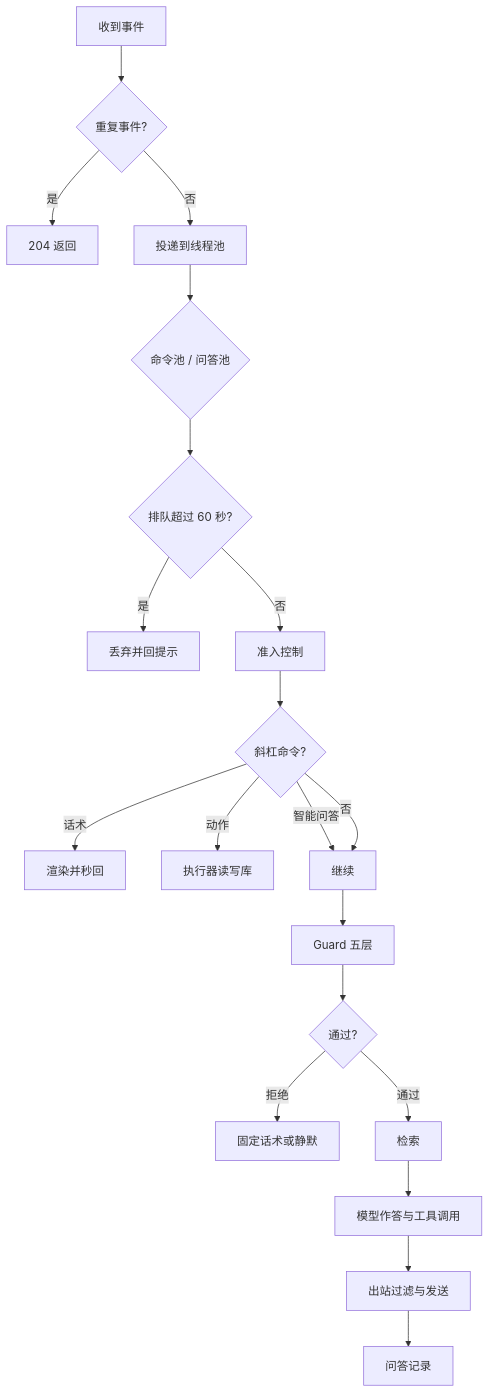
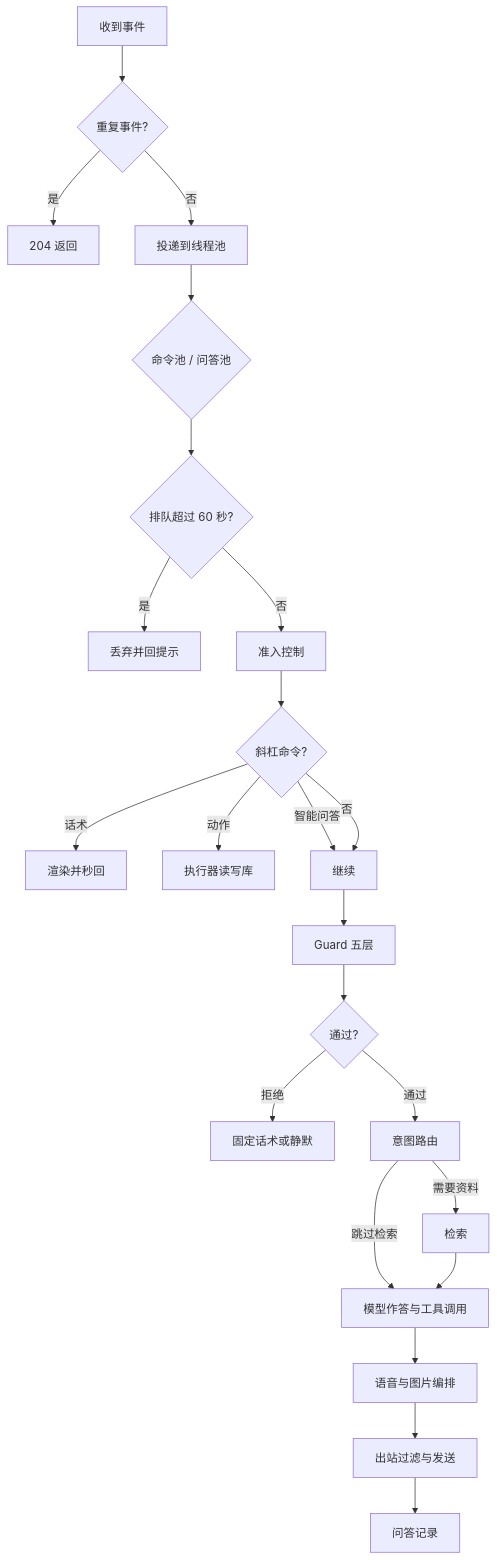
One commit to HuoGu-Hub/Q-A-bot changed the second of 2 diagrams in docs/architecture.md. Above: the diagram before and after it, drawn with Mermaid. The commit also changed other lines of this file and 22 other files, not shown here.

````diff
--- a/docs/architecture.md
+++ b/docs/architecture.md
@@ -52,22 +52,25 @@
 ```mermaid
 flowchart TD
     A[收到事件] --> B{重复事件?}
     B -->|是| Z[204 返回]
     B -->|否| C[投递到线程池]
     C --> D{命令池 / 问答池}
     D --> E{排队超过 60 秒?}
     E -->|是| F[丢弃并回提示]
     E -->|否| G[准入控制]
     G --> H{斜杠命令?}
     H -->|话术| I[渲染并秒回]
     H -->|动作| J[执行器读写库]
     H -->|智能问答| K[继续]
     H -->|否| K
     K --> L[Guard 五层]
     L --> M{通过?}
     M -->|拒绝| N[固定话术或静默]
-    M -->|通过| O[检索]
-    O --> P[模型作答与工具调用]
-    P --> Q[出站过滤与发送]
-    Q --> R[问答记录]
+    M -->|通过| INT[意图路由]
+    INT -->|跳过检索| CHAT[模型作答与工具调用]
+    INT -->|需要资料| RET[检索]
+    RET --> CHAT
+    CHAT --> MEDIA[语音与图片编排]
+    MEDIA --> OUT[出站过滤与发送]
+    OUT --> REC[问答记录]
 ```
````
